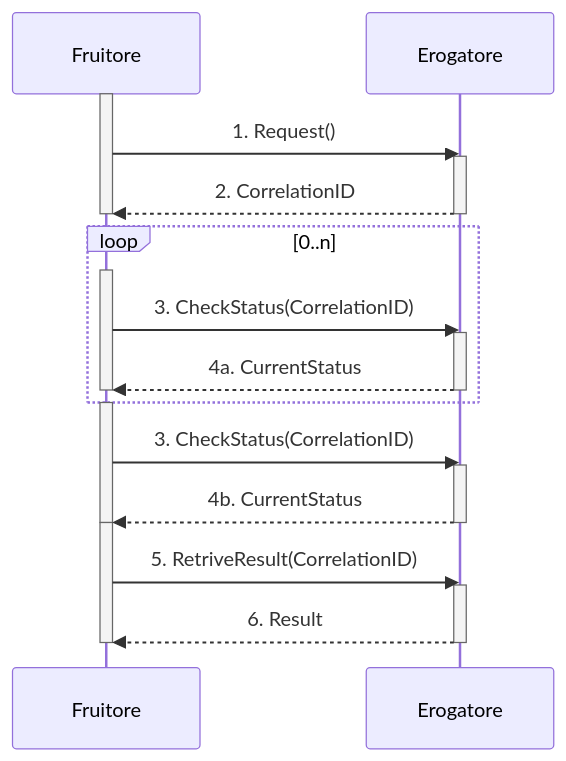
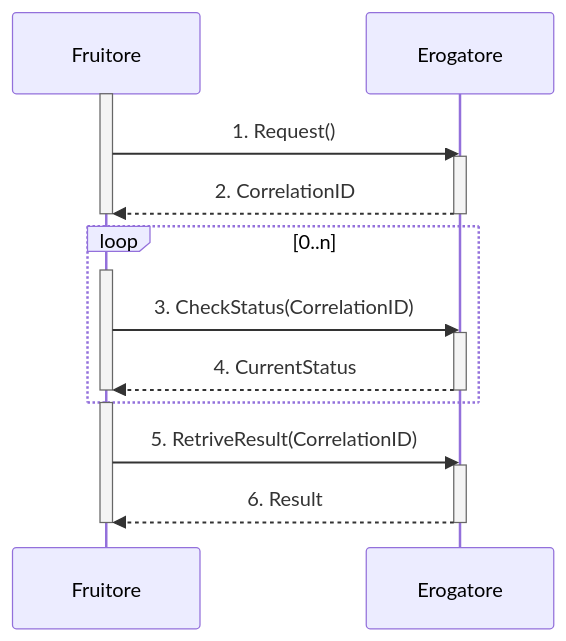
One commit to italia/lg-modellointeroperabilita-docs changed the third of 3 diagrams in doc/profili-di-interazione/profili-non-bloccanti.rst. Above: the diagram before and after it, drawn with Mermaid. The commit also changed other lines of this file and 1 other file, not shown here.

```diff
--- a/doc/profili-di-interazione/profili-non-bloccanti.rst
+++ b/doc/profili-di-interazione/profili-non-bloccanti.rst
@@ -667,33 +665,27 @@
 .. mermaid::
    :caption: Interazione non bloccante tramite busy waiting
    :alt: interazione non bloccante tramite busy waiting
 
     sequenceDiagram
 		participant F as Fruitore
 		participant E as Erogatore
 		activate F
 		F ->> E: 1. Request()
 		activate E
 		E -->>F: 2. CorrelationID
 		deactivate F
 		deactivate E
 		loop 0..n
             activate F
             F ->>E: 3. CheckStatus(CorrelationID)
             activate E
-            E-->> F : 4a. CurrentStatus
+            E-->> F : 4. CurrentStatus
             deactivate F
             deactivate E
 		end
-		activate F
-		F ->>E:  3. CheckStatus(CorrelationID)
-		activate E
-		E-->> F : 4b. CurrentStatus
-		deactivate F
-		deactivate E
 		activate F
 		F ->>E: 5. RetriveResult(CorrelationID)
 		activate E
 		E-->> F : 6. Result
 		deactivate F
 		deactivate E
```
